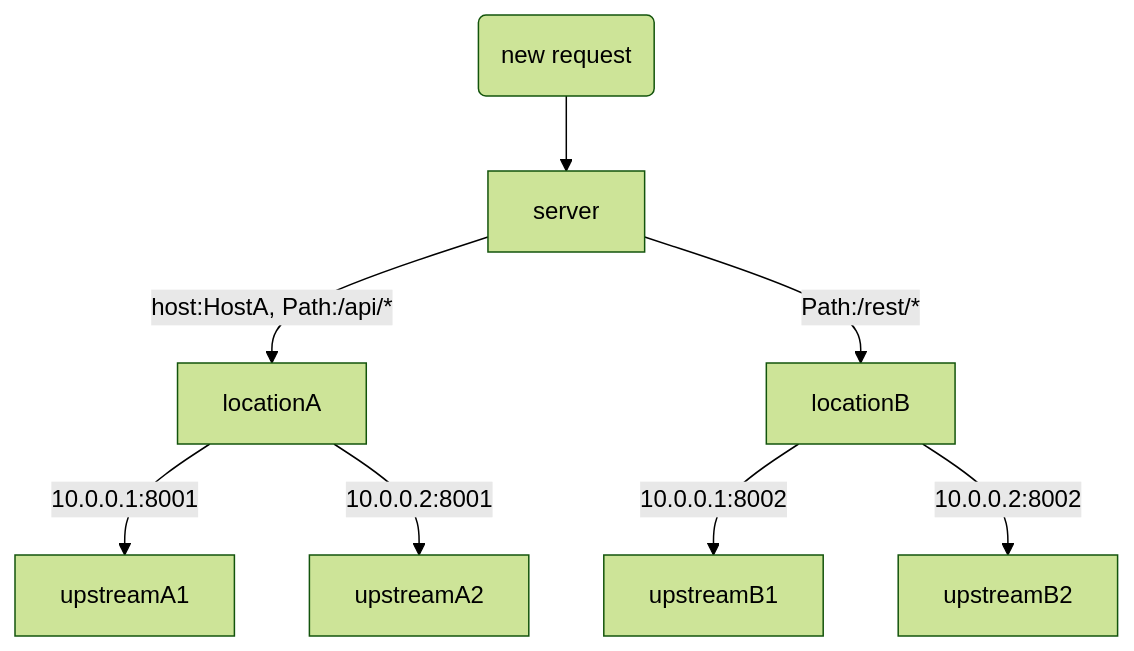
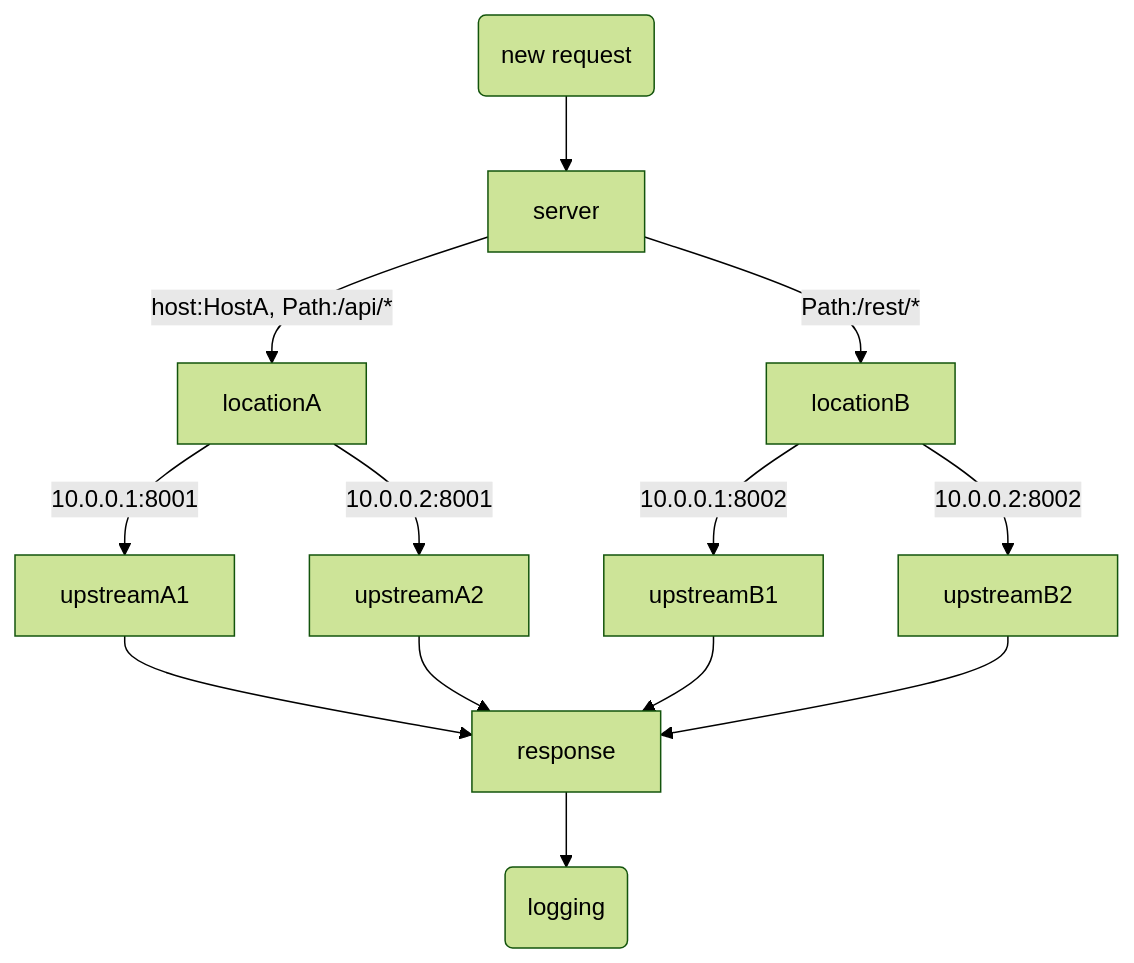
One commit to vicanso/pingap changed the diagram in README.md. Above: the diagram before and after it, drawn with Mermaid (forest theme). The commit also changed 1 other file, not shown here.

````diff
--- a/README.md
+++ b/README.md
@@ -39,16 +39,18 @@
 ```mermaid
 graph TD;
     start("new request")-->server;
 
     server -- "host:HostA, Path:/api/*" --> locationA
 
     server -- "Path:/rest/*"--> locationB
 
-    locationA -- "10.0.0.1:8001" --> upstreamA1
+    locationA -- "10.0.0.1:8001" --> upstreamA1 --> response
 
-    locationA -- "10.0.0.2:8001" --> upstreamA2
+    locationA -- "10.0.0.2:8001" --> upstreamA2 --> response
 
-    locationB -- "10.0.0.1:8002" --> upstreamB1
+    locationB -- "10.0.0.1:8002" --> upstreamB1 --> response
 
-    locationB -- "10.0.0.2:8002" --> upstreamB2
+    locationB -- "10.0.0.2:8002" --> upstreamB2 --> response
+
+    response --> stop("logging");
 ```
````
